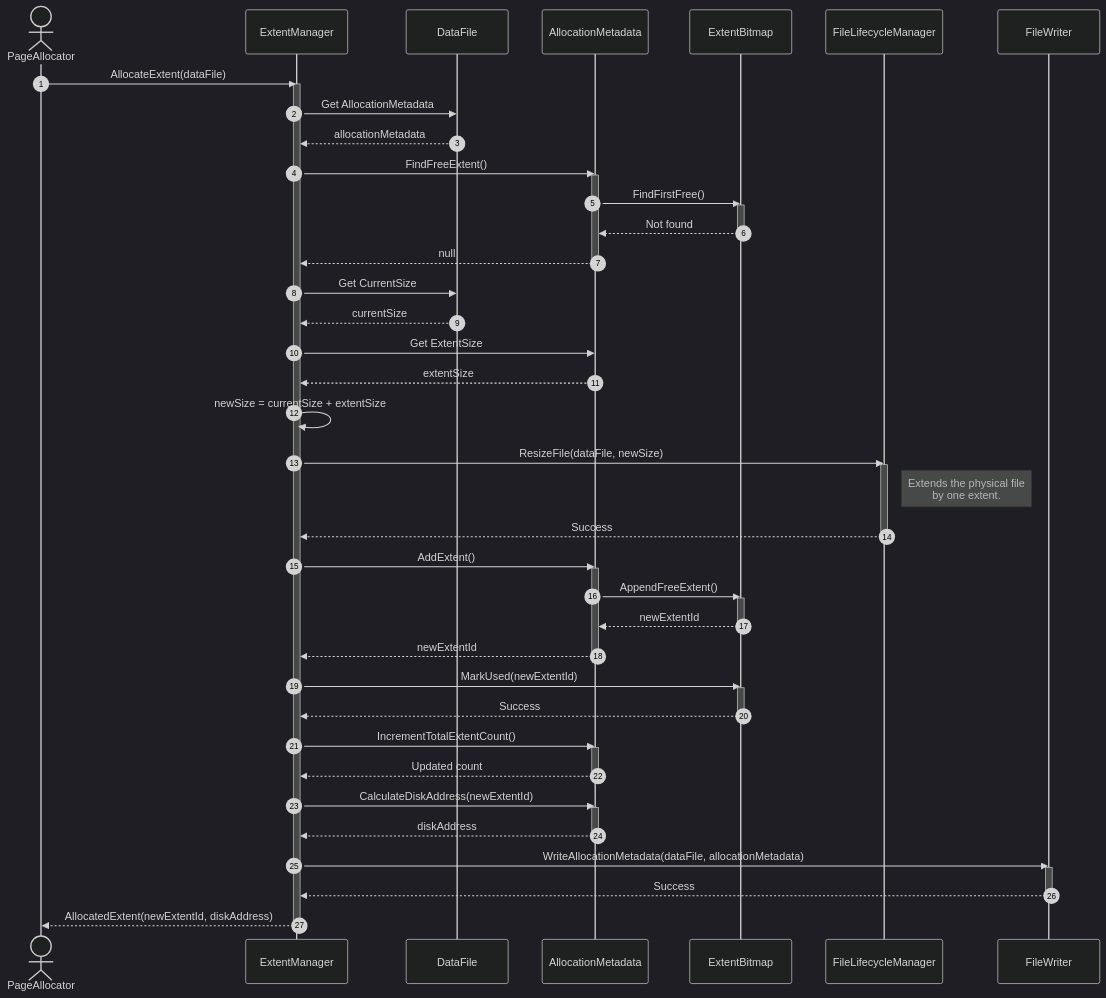
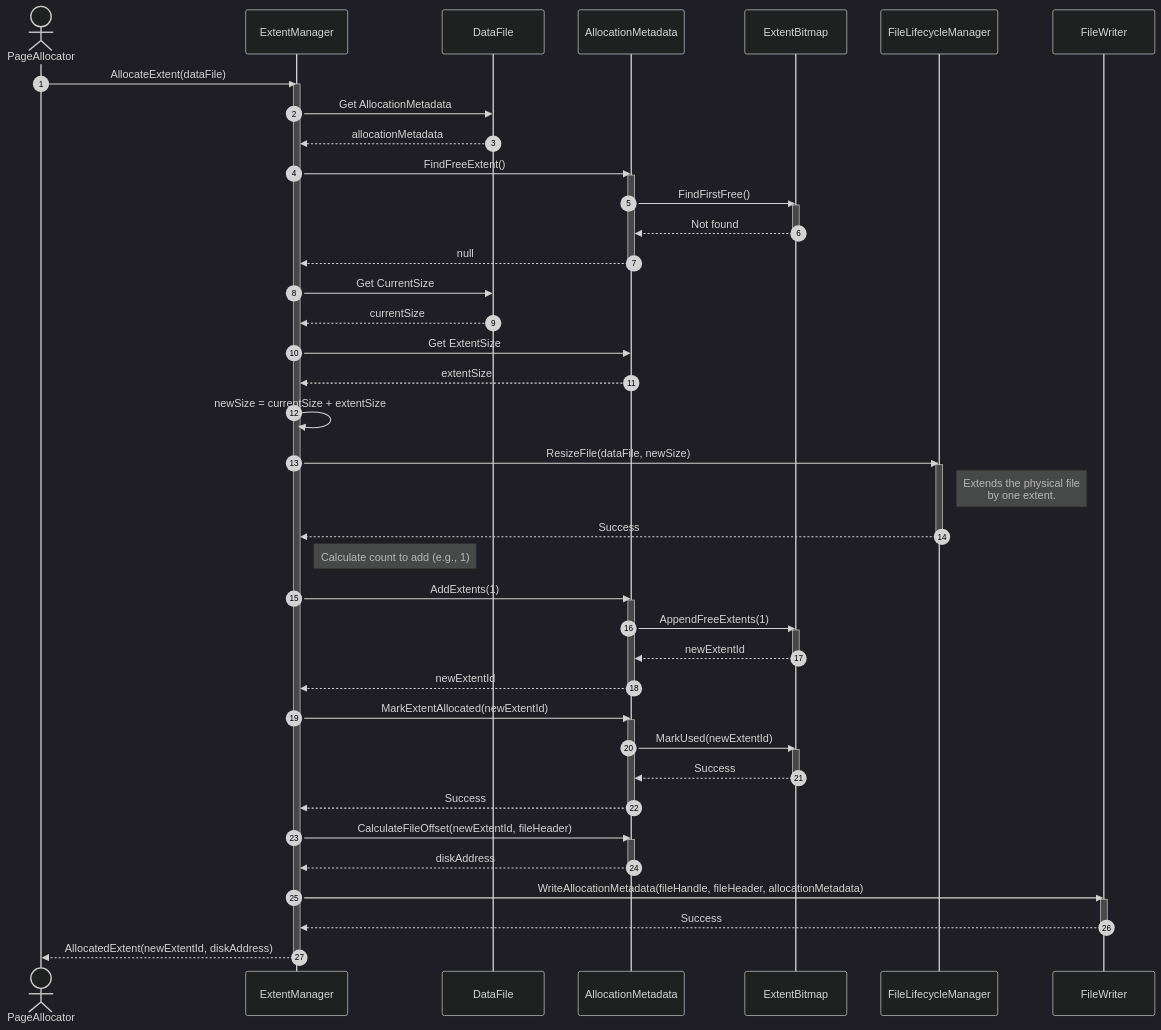
Before and after one commit to manaxpow/DBMS: the second of 6 diagrams in docs/diagrams/sequence-diagrams/storage-engine/file-management/extent-management/allocate-extent.md, drawn with Mermaid (dark theme). The commit also changed other lines of this file and 98 other files, not shown here.

````diff
--- a/docs/diagrams/sequence-diagrams/storage-engine/file-management/extent-management/allocate-extent.md
+++ b/docs/diagrams/sequence-diagrams/storage-engine/file-management/extent-management/allocate-extent.md
@@ -76,77 +90,77 @@
 ```mermaid
 sequenceDiagram
     autonumber
 
     actor PA as PageAllocator
     participant EM as ExtentManager
     participant DF as DataFile
     participant AM as AllocationMetadata
     participant EB as ExtentBitmap
     participant FLM as FileLifecycleManager
     participant FW as FileWriter
 
     PA->>EM: AllocateExtent(dataFile)
     activate EM
 
     EM->>DF: Get AllocationMetadata
     DF-->>EM: allocationMetadata
 
     EM->>AM: FindFreeExtent()
     activate AM
 
     AM->>EB: FindFirstFree()
     activate EB
     EB-->>AM: Not found
     deactivate EB
 
     AM-->>EM: null
     deactivate AM
 
     EM->>DF: Get CurrentSize
     DF-->>EM: currentSize
 
     EM->>AM: Get ExtentSize
     AM-->>EM: extentSize
 
     EM->>EM: newSize = currentSize + extentSize
 
     EM->>FLM: ResizeFile(dataFile, newSize)
     activate FLM
     note right of FLM: Extends the physical file<br/>by one extent.
     FLM-->>EM: Success
     deactivate FLM
 
-    EM->>AM: AddExtent()
+    note right of EM: Calculate count to add (e.g., 1)
+    EM->>AM: AddExtents(1)
     activate AM
 
-    AM->>EB: AppendFreeExtent()
+    AM->>EB: AppendFreeExtents(1)
     activate EB
     EB-->>AM: newExtentId
     deactivate EB
 
     AM-->>EM: newExtentId
     deactivate AM
 
-    EM->>EB: MarkUsed(newExtentId)
+    EM->>AM: MarkExtentAllocated(newExtentId)
+    activate AM
+    AM->>EB: MarkUsed(newExtentId)
     activate EB
-    EB-->>EM: Success
+    EB-->>AM: Success
     deactivate EB
-
-    EM->>AM: IncrementTotalExtentCount()
-    activate AM
-    AM-->>EM: Updated count
+    AM-->>EM: Success
     deactivate AM
 
-    EM->>AM: CalculateDiskAddress(newExtentId)
+    EM->>AM: CalculateFileOffset(newExtentId, fileHeader)
     activate AM
     AM-->>EM: diskAddress
     deactivate AM
 
-    EM->>FW: WriteAllocationMetadata(dataFile, allocationMetadata)
+    EM->>FW: WriteAllocationMetadata(fileHandle, fileHeader, allocationMetadata)
     activate FW
     FW-->>EM: Success
     deactivate FW
 
     EM-->>PA: AllocatedExtent(newExtentId, diskAddress)
     deactivate EM
 ```
````
